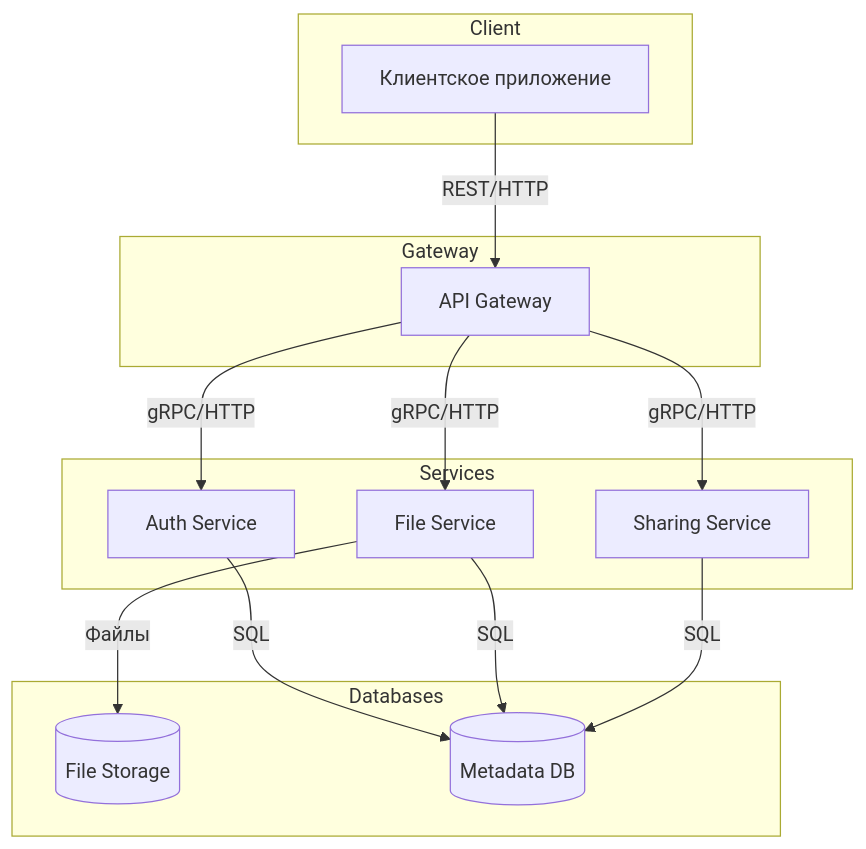
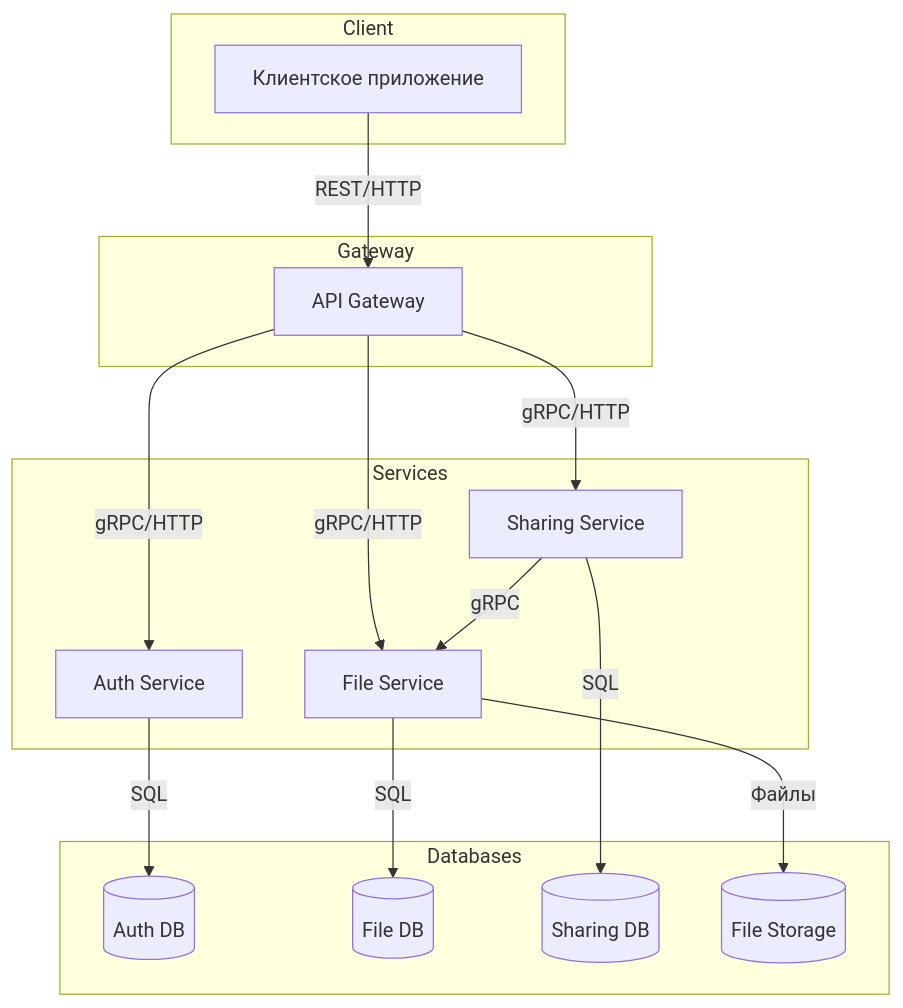
One commit to spbu-ds-practicum-2025/vanya-and-co changed the first of 7 diagrams in docs/tr.md. Above: the diagram before and after it, drawn with Mermaid. The commit also changed other lines of this file, not shown here.

````diff
--- a/docs/tr.md
+++ b/docs/tr.md
@@ -105,30 +109,34 @@
 ```mermaid
 graph TD
   subgraph Client
     UserApp[Клиентское приложение]
   end
 
   subgraph Gateway
     APIGateway[API Gateway]
   end
 
   subgraph Services
     AuthService[Auth Service]
     FileService[File Service]
     SharingService[Sharing Service]
   end
 
   subgraph Databases
+    AuthDB[(Auth DB)]
+    FileDB[(File DB)]
+    SharingDB[(Sharing DB)]
     FileStorage[(File Storage)]
-    MetadataDB[(Metadata DB)]
   end
 
   UserApp -->|REST/HTTP| APIGateway
   APIGateway -->|gRPC/HTTP| AuthService
   APIGateway -->|gRPC/HTTP| FileService
   APIGateway -->|gRPC/HTTP| SharingService
-  AuthService -->|SQL| MetadataDB
-  FileService -->|SQL| MetadataDB
+
+  AuthService -->|SQL| AuthDB
+  FileService -->|SQL| FileDB
   FileService -->|Файлы| FileStorage
-  SharingService -->|SQL| MetadataDB
+  SharingService -->|SQL| SharingDB
+  SharingService -->|gRPC| FileService
 ```
````
